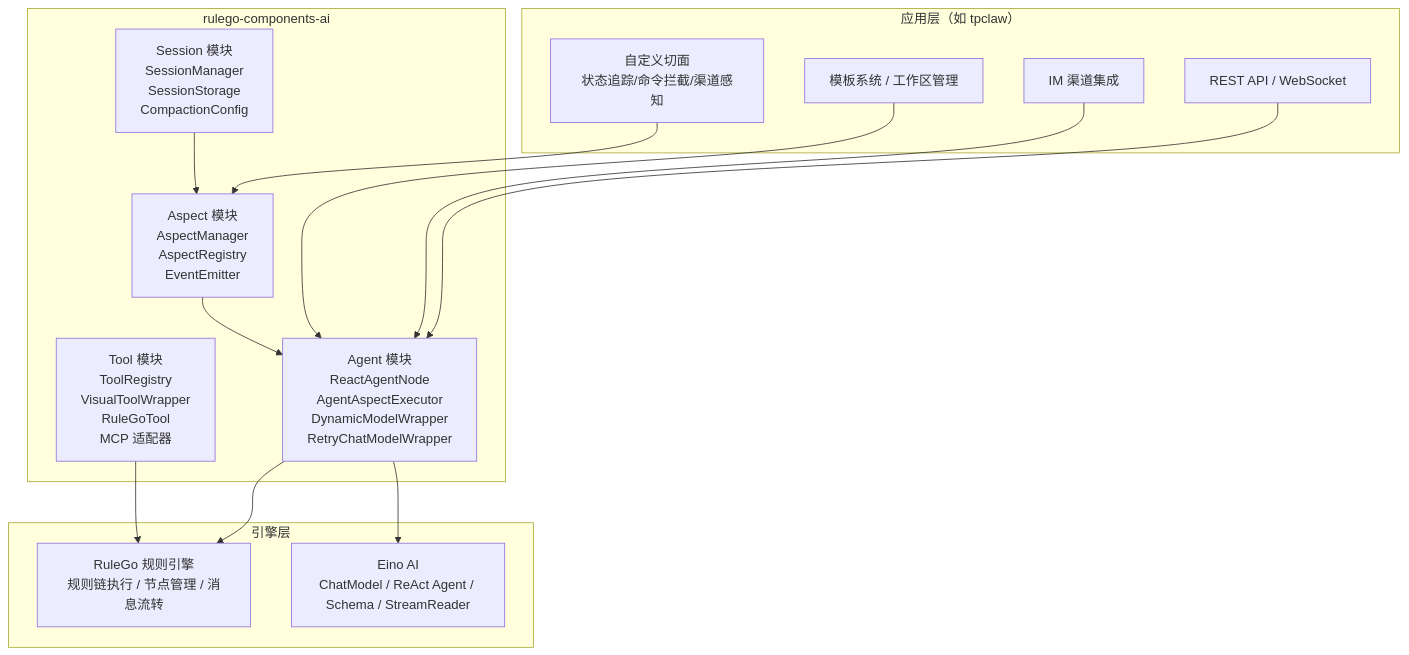
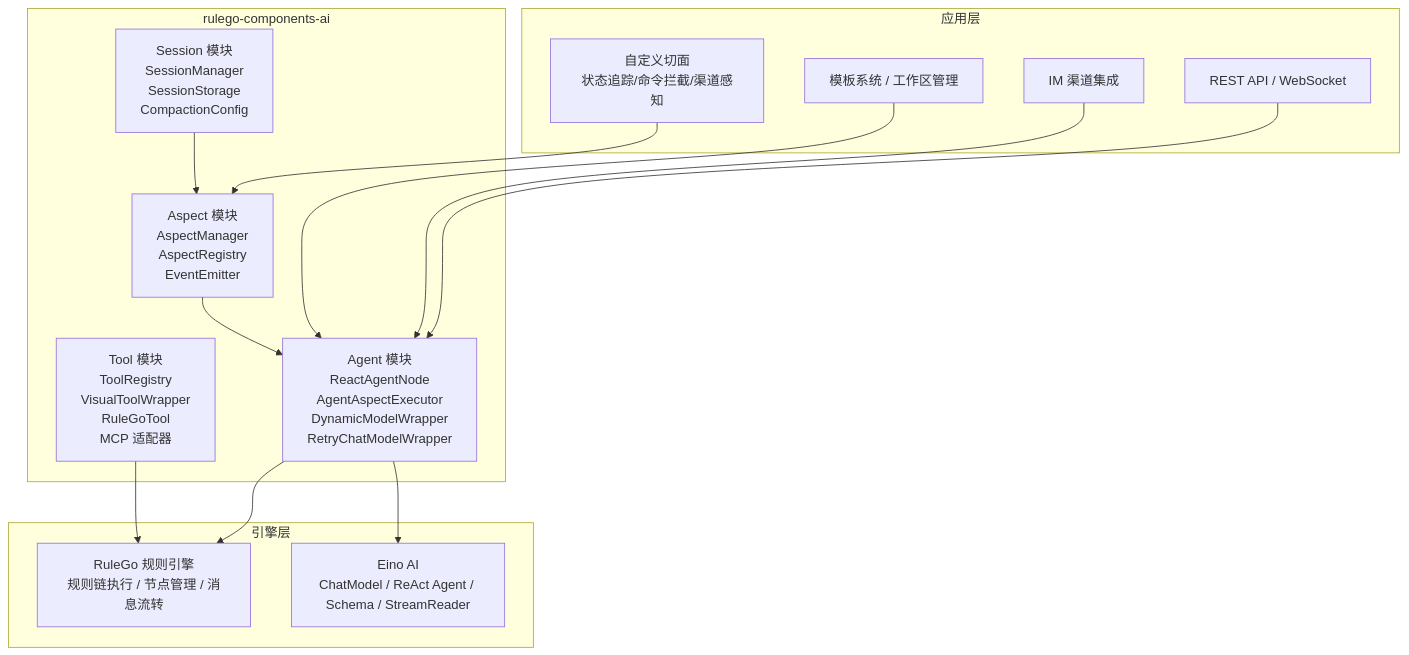
One commit to rulego/rulego-doc changed the first of 5 diagrams in docs/01.指南/04.扩展组件/06.ai/07.智能体/01.架构设计.md. Above: the diagram before and after it, drawn with Mermaid. The commit also changed other lines of this file and 29 other files, not shown here.

````diff
--- a/docs/01.指南/04.扩展组件/06.ai/07.智能体/01.架构设计.md
+++ b/docs/01.指南/04.扩展组件/06.ai/07.智能体/01.架构设计.md
@@ -15,31 +15,31 @@
 ```mermaid
 graph TB
-    subgraph 应用层["应用层（如 tpclaw）"]
-        A1[REST API / WebSocket]
-        A2[IM 渠道集成]
-        A3[自定义切面<br/>状态追踪/命令拦截/渠道感知]
-        A4[模板系统 / 工作区管理]
+    subgraph 应用层["应用层"]
+        A1["REST API / WebSocket"]
+        A2["IM 渠道集成"]
+        A3["自定义切面<br/>状态追踪/命令拦截/渠道感知"]
+        A4["模板系统 / 工作区管理"]
     end
 
     subgraph 框架层["rulego-components-ai"]
         B1["Agent 模块<br/>ReactAgentNode<br/>AgentAspectExecutor<br/>DynamicModelWrapper<br/>RetryChatModelWrapper"]
         B2["Tool 模块<br/>ToolRegistry<br/>VisualToolWrapper<br/>RuleGoTool<br/>MCP 适配器"]
         B3["Aspect 模块<br/>AspectManager<br/>AspectRegistry<br/>EventEmitter"]
         B4["Session 模块<br/>SessionManager<br/>SessionStorage<br/>CompactionConfig"]
     end
 
     subgraph 引擎层["引擎层"]
         C1["RuleGo 规则引擎<br/>规则链执行 / 节点管理 / 消息流转"]
         C2["Eino AI<br/>ChatModel / ReAct Agent / Schema / StreamReader"]
     end
 
     A1 --> B1
     A2 --> B1
     A3 --> B3
     A4 --> B1
     B1 --> C1
     B1 --> C2
     B2 --> C1
     B3 --> B1
     B4 --> B3
 ```
````
